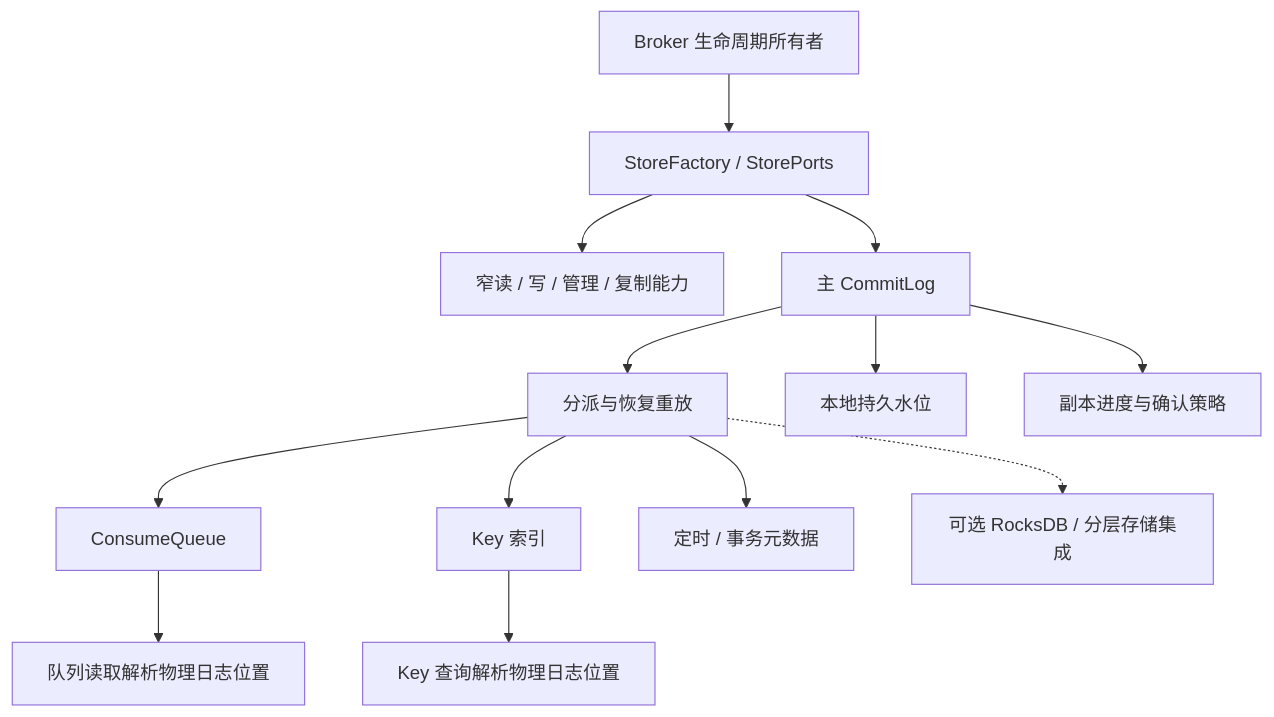
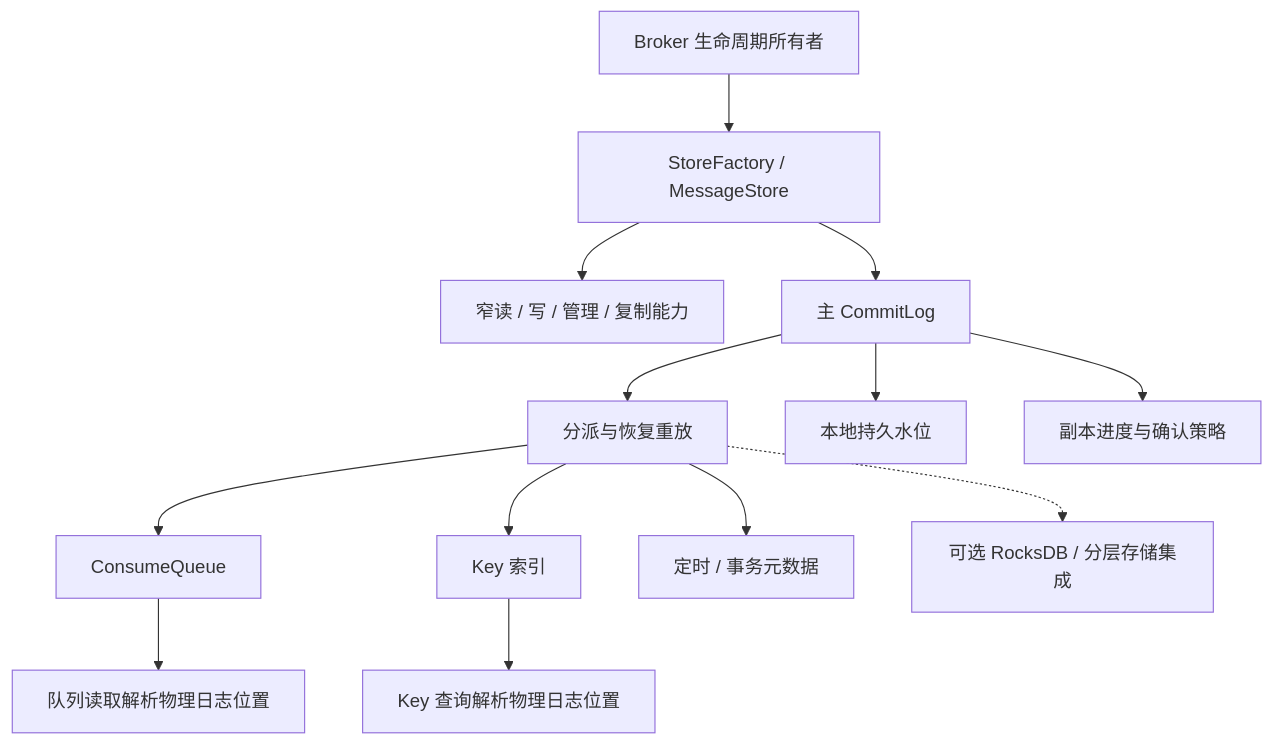
Before and after one commit to mxsm/rocketmq-rust: the first of 2 diagrams in rocketmq-website/i18n/zh-CN/docusaurus-plugin-content-docs/current/architecture/storage.md, drawn with Mermaid. The commit also changed other lines of this file and 42 other files, not shown here.

Commit message:
[ISSUE #11474]♻️Rename StorePorts to MessageStore

````diff
--- a/rocketmq-website/i18n/zh-CN/docusaurus-plugin-content-docs/current/architecture/storage.md
+++ b/rocketmq-website/i18n/zh-CN/docusaurus-plugin-content-docs/current/architecture/storage.md
@@ -11,15 +11,15 @@
 ```mermaid
 flowchart TB
-    Broker["Broker 生命周期所有者"] --> Factory["StoreFactory / StorePorts"]
+    Broker["Broker 生命周期所有者"] --> Factory["StoreFactory / MessageStore"]
     Factory --> Ports["窄读 / 写 / 管理 / 复制能力"]
     Factory --> Log["主 CommitLog"]
     Log --> Dispatch["分派与恢复重放"]
     Dispatch --> CQ["ConsumeQueue"]
     Dispatch --> Index["Key 索引"]
     Dispatch --> Timer["定时 / 事务元数据"]
     Dispatch -.-> Secondary["可选 RocksDB / 分层存储集成"]
     CQ --> Reads["队列读取解析物理日志位置"]
     Index --> Queries["Key 查询解析物理日志位置"]
     Log --> Flush["本地持久水位"]
     Log --> Replication["副本进度与确认策略"]
 ```
````
